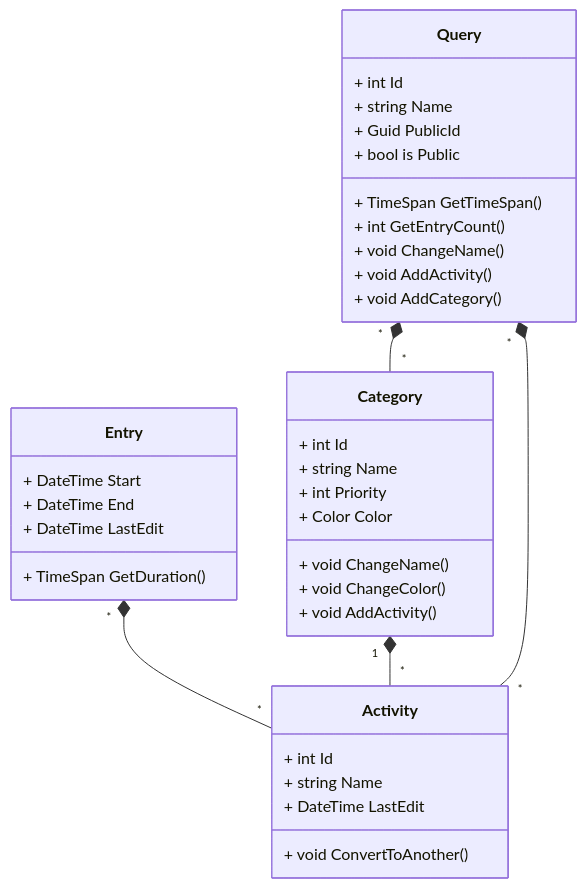
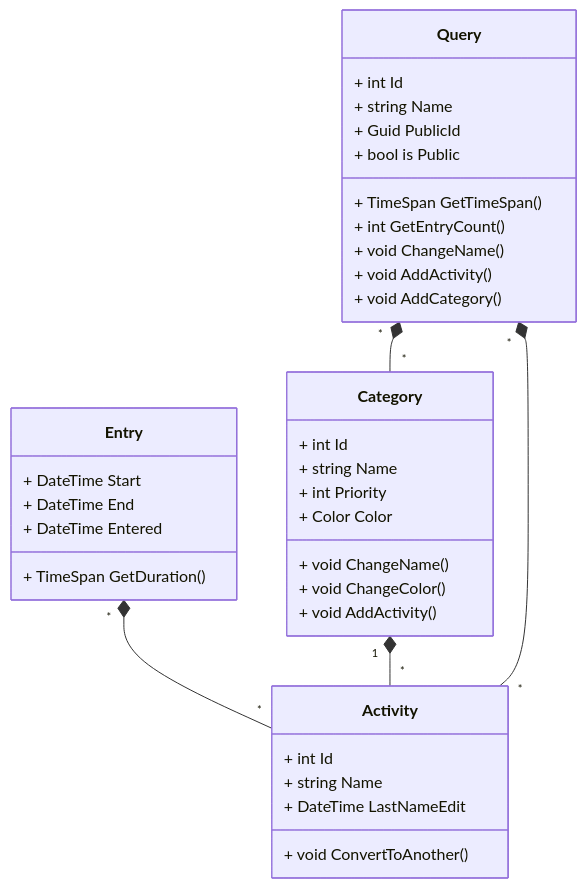
One commit to theodor349/WeeklyReview changed the first of 5 diagrams in Documentation/Design Analysis/Problem Domain Analysis.md. Above: the diagram before and after it, drawn with Mermaid.

Commit message:
Added Edit to classes

````diff
--- a/Documentation/Design Analysis/Problem Domain Analysis.md
+++ b/Documentation/Design Analysis/Problem Domain Analysis.md
@@ -99,40 +99,40 @@
 ```mermaid
 classDiagram
   Entry "*" *-- "*" Activity 
   Category "1" *-- "*" Activity
   Query "*" *-- "*" Activity
   Query "*" *-- "*" Category
 
   class Entry {
     + DateTime Start
     + DateTime End
-    + DateTime LastEdit
+    + DateTime Entered
     + TimeSpan GetDuration()
   }
   class Activity {
     + int Id
     + string Name
-    + DateTime LastEdit
+    + DateTime LastNameEdit
     + void ConvertToAnother()
   }
   class Category {
     + int Id
     + string Name
     + int Priority
     + Color Color
     + void ChangeName()
     + void ChangeColor()
     + void AddActivity()
   }
   class Query {
     + int Id
     + string Name
     + Guid PublicId
     + bool is Public
     + TimeSpan GetTimeSpan()
     + int GetEntryCount()
     + void ChangeName()
     + void AddActivity()
     + void AddCategory()
   }
 ```
````
